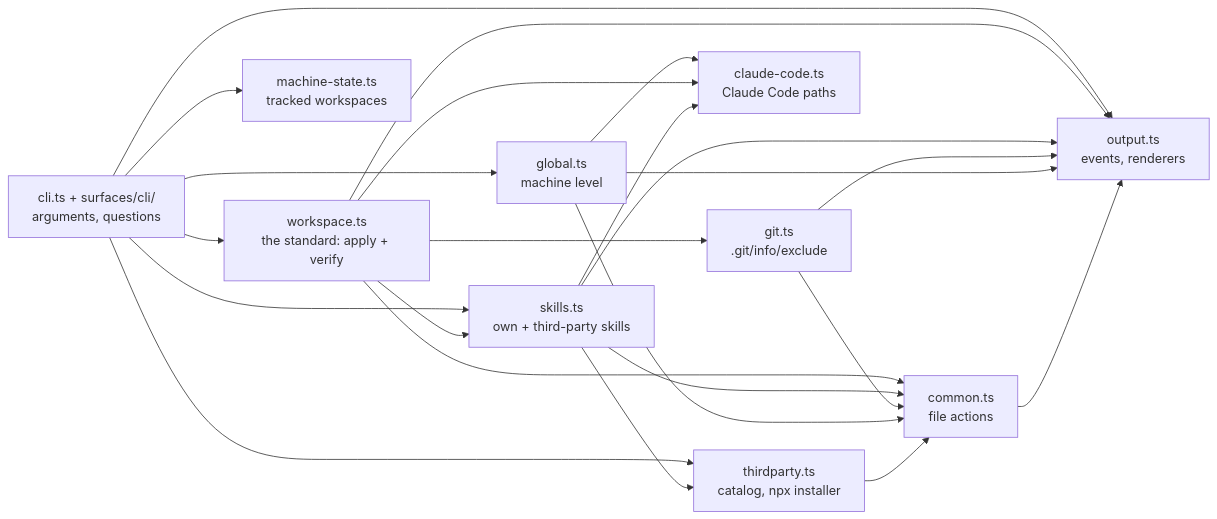
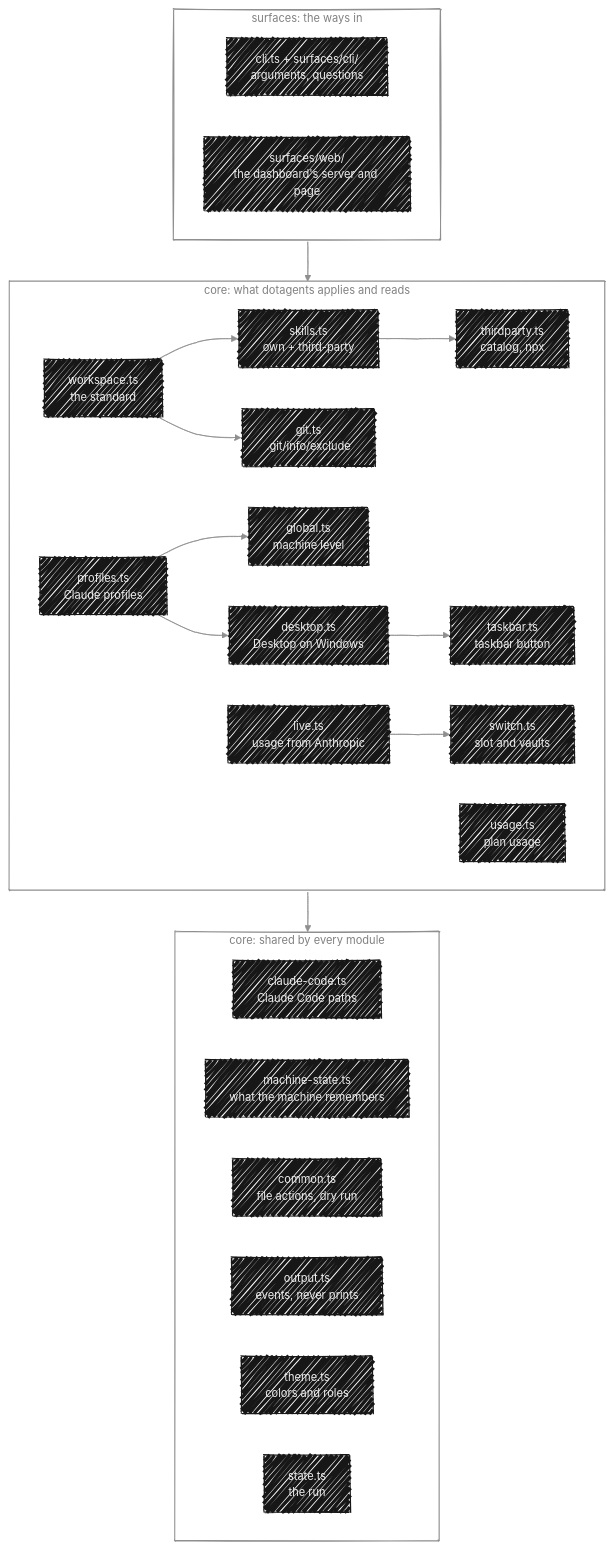
Before and after one commit to dotagents-org/dotagents-core: the diagram in docs/architecture.md, drawn with Mermaid. The commit also changed other lines of this file and 2 other files, not shown here.

Commit message:
📝 docs: redraw the readme and architecture diagrams for the profiles and the live usage

````diff
--- a/docs/architecture.md
+++ b/docs/architecture.md
@@ -34,20 +36,31 @@
 ```mermaid
-flowchart LR
-    cli["cli.ts + surfaces/cli/<br/>arguments, questions"]
-    ws["workspace.ts<br/>the standard: apply + verify"]
-    sk["skills.ts<br/>own + third-party skills"]
-    tp["thirdparty.ts<br/>catalog, npx installer"]
-    git["git.ts<br/>.git/info/exclude"]
-    gl["global.ts<br/>machine level"]
-    cc["claude-code.ts<br/>Claude Code paths"]
-    reg["machine-state.ts<br/>tracked workspaces"]
-    common["common.ts<br/>file actions"]
-    out["output.ts<br/>events, renderers"]
+%%{init: {"look": "handDrawn", "handDrawnSeed": 3, "theme": "base", "themeVariables": {"fontFamily": "Geist Mono, ui-monospace, SFMono-Regular, Menlo, Consolas, monospace", "fontSize": "14px", "primaryColor": "#171717", "primaryTextColor": "#ededed", "primaryBorderColor": "#171717", "lineColor": "#8f8f8f", "textColor": "#171717", "edgeLabelBackground": "#ededed", "clusterBkg": "transparent", "clusterBorder": "#8f8f8f", "titleColor": "#808080"}}}%%
+flowchart TB
+    subgraph surfaces["surfaces: the ways in"]
+        direction LR
+        cli["cli.ts + surfaces/cli/<br/>arguments, questions"]
+        web["surfaces/web/<br/>the dashboard's server and page"]
+    end
 
-    cli --> ws & sk & gl & reg & tp
-    ws --> sk & git
-    sk --> tp
-    gl & ws & sk --> cc
-    ws & sk & git & gl & tp --> common
-    cli & ws & sk & git & gl & common --> out
+    subgraph features["core: what dotagents applies and reads"]
+        direction LR
+        workspace["workspace.ts<br/>the standard"] --> skills["skills.ts<br/>own + third-party"] --> thirdparty["thirdparty.ts<br/>catalog, npx"]
+        workspace --> git["git.ts<br/>.git/info/exclude"]
+        profiles["profiles.ts<br/>Claude profiles"] --> global["global.ts<br/>machine level"]
+        profiles --> desktop["desktop.ts<br/>Desktop on Windows"] --> taskbar["taskbar.ts<br/>taskbar button"]
+        usage["usage.ts<br/>plan usage"]
+        live["live.ts<br/>usage from Anthropic"] --> switch["switch.ts<br/>slot and vaults"]
+    end
+
+    subgraph shared["core: shared by every module"]
+        direction LR
+        paths["claude-code.ts<br/>Claude Code paths"]
+        memory["machine-state.ts<br/>what the machine remembers"]
+        common["common.ts<br/>file actions, dry run"]
+        output["output.ts<br/>events, never prints"]
+        theme["theme.ts<br/>colors and roles"]
+        run["state.ts<br/>the run"]
+    end
+
+    surfaces --> features --> shared
 ```
````
